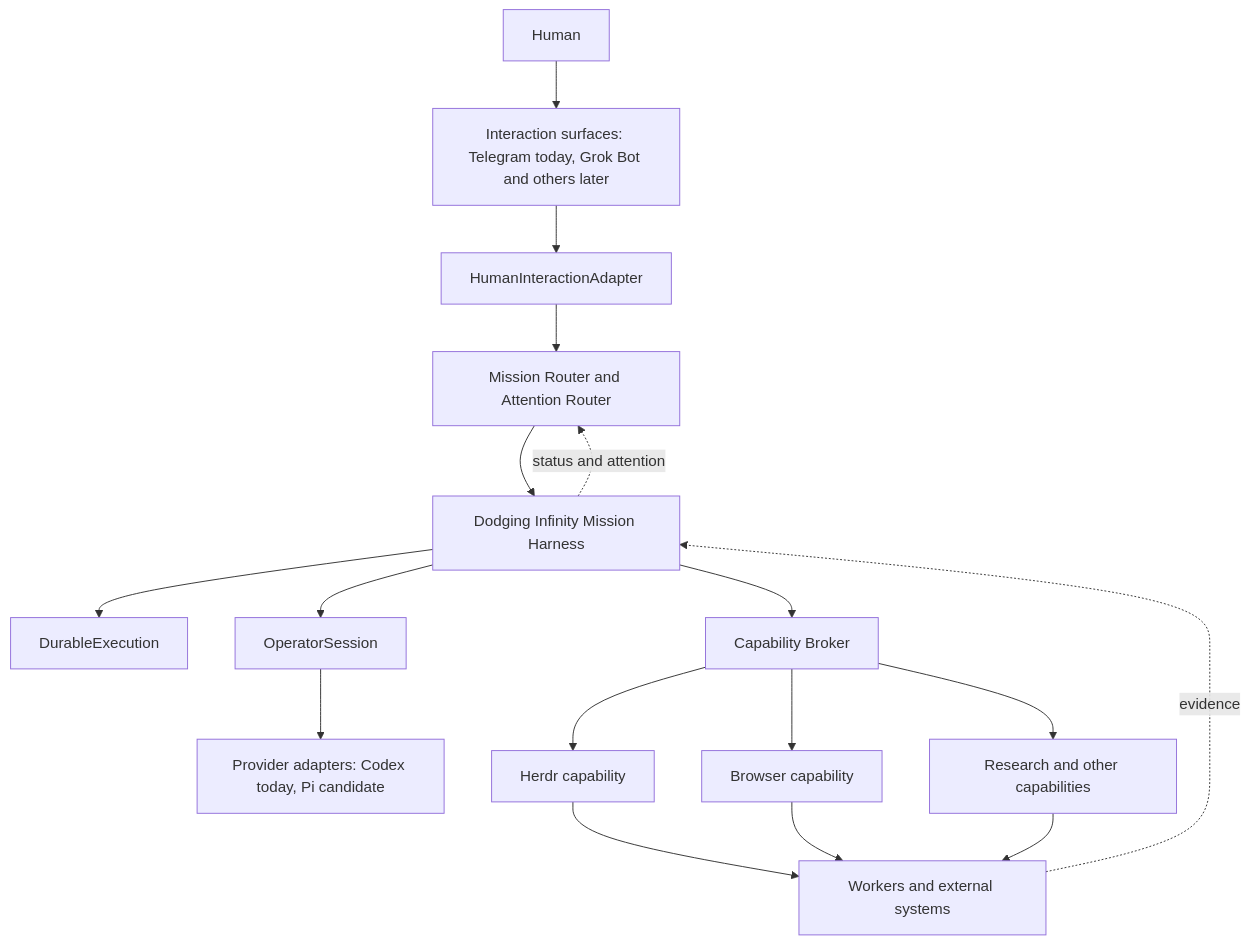
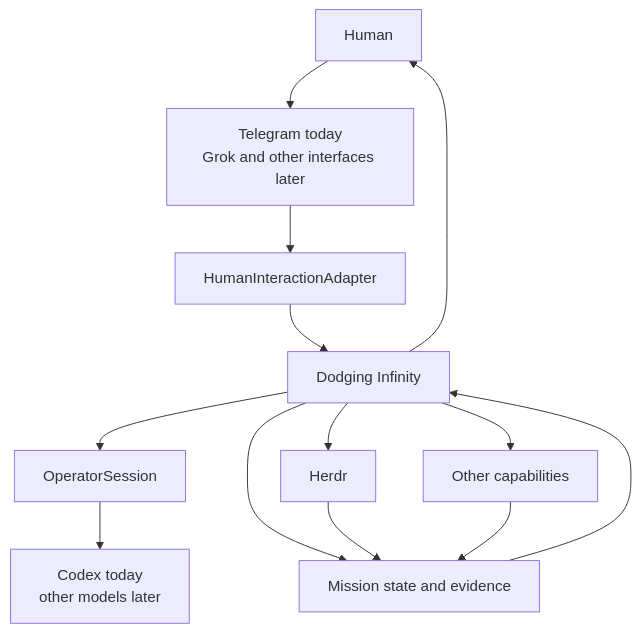
The diagram in README.md (TheMickeyDodger/dodging-infinity), drawn with Mermaid before and after one commit. The commit also changed other lines of this file and 3 other files, not shown here.

````diff
--- a/README.md
+++ b/README.md
@@ -205,19 +429,21 @@
 ```mermaid
 flowchart TD
-    Human["Human"] --> Surfaces["Interaction surfaces: Telegram today, Grok Bot and others later"]
-    Surfaces --> Adapter["HumanInteractionAdapter"]
-    Adapter --> Routers["Mission Router and Attention Router"]
-    Routers --> Harness["Dodging Infinity Mission Harness"]
-    Harness --> Durable["DurableExecution"]
-    Harness --> Session["OperatorSession"]
-    Session --> Providers["Provider adapters: Codex today, Pi candidate"]
-    Harness --> Broker["Capability Broker"]
-    Broker --> HerdrCap["Herdr capability"]
-    Broker --> BrowserCap["Browser capability"]
-    Broker --> OtherCap["Research and other capabilities"]
-    HerdrCap --> Workers["Workers and external systems"]
-    BrowserCap --> Workers
-    OtherCap --> Workers
-    Workers -. evidence .-> Harness
-    Harness -. status and attention .-> Routers
+    Human["Human"] --> Interface["Telegram today<br/>Grok and other interfaces later"]
+
+    Interface --> Interaction["HumanInteractionAdapter"]
+
+    Interaction --> DI["Dodging Infinity"]
+
+    DI --> Operator["OperatorSession"]
+    DI --> Herdr["Herdr"]
+    DI --> Capabilities["Other capabilities"]
+    DI --> Evidence["Mission state and evidence"]
+
+    Operator --> Models["Codex today<br/>other models later"]
+
+    Herdr --> Evidence
+    Capabilities --> Evidence
+
+    Evidence --> DI
+    DI --> Human
 ```
````
